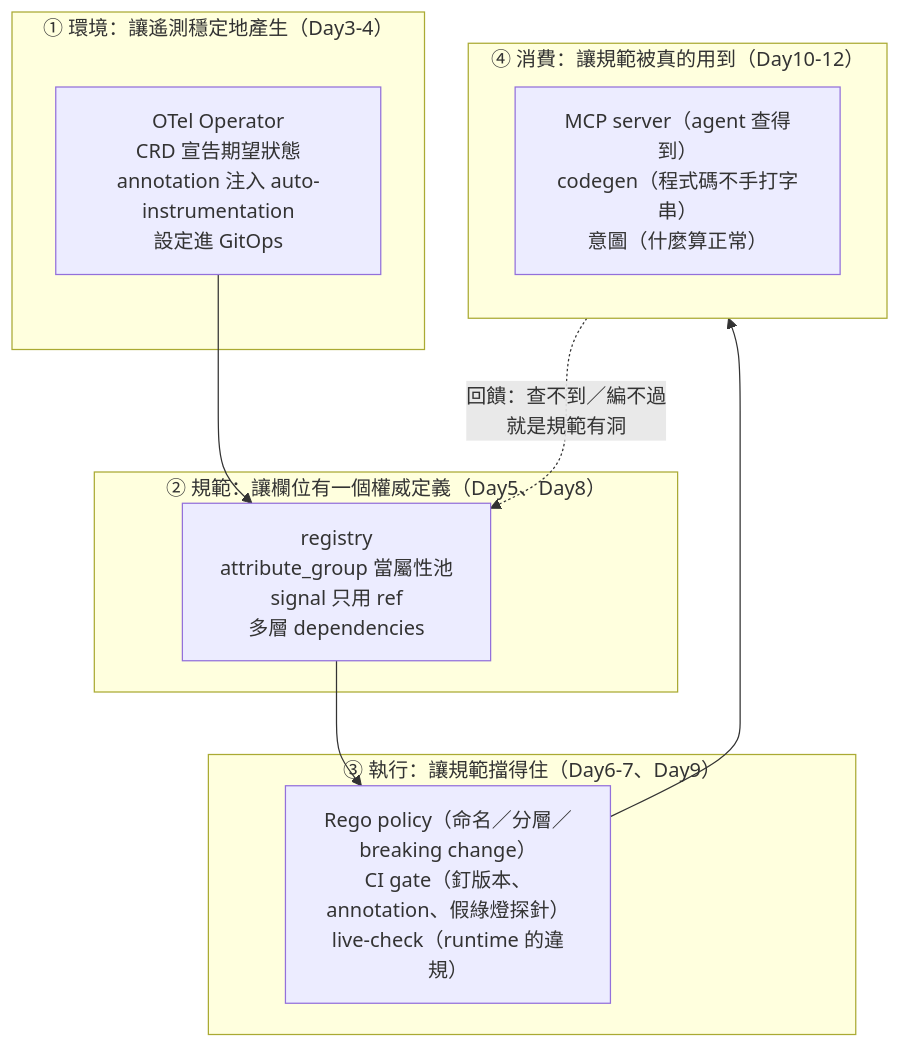
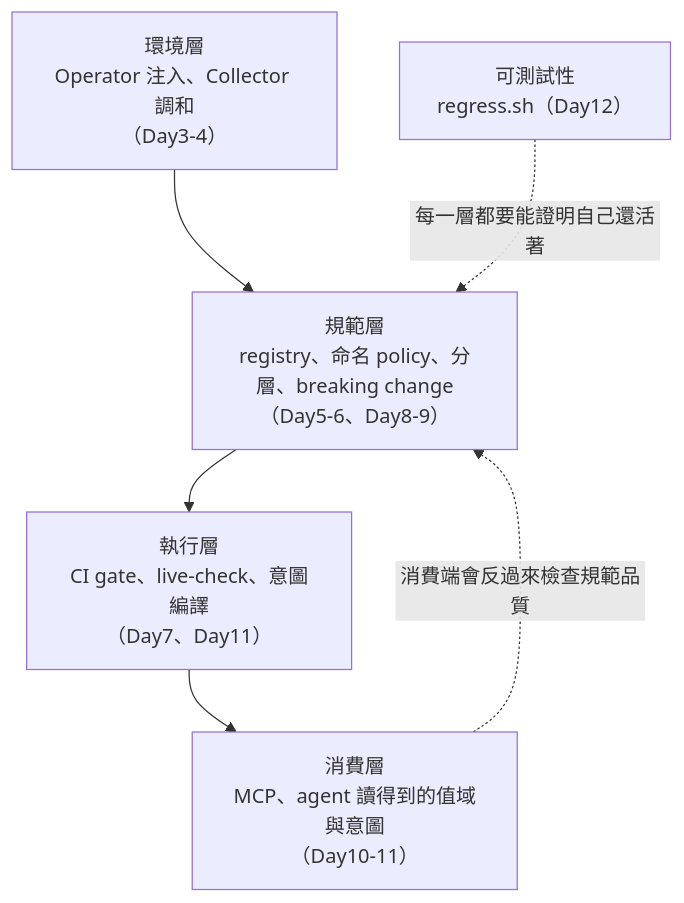
Before and after one commit to tedmax100/o11y-bench: the first of 2 diagrams in weaver-demo/ironman-2026/day13.md, drawn with Mermaid. The commit also changed other lines of this file and 1 other file, not shown here.

First line of the commit message:
docs(day13): rewrite against the new Day1-12 baseline

````diff
--- a/weaver-demo/ironman-2026/day13.md
+++ b/weaver-demo/ironman-2026/day13.md
@@ -20,18 +19,8 @@
 ```mermaid
 flowchart TB
-    subgraph P1["① 環境：讓遙測穩定地產生（Day3-4）"]
-      O["OTel Operator<br/>CRD 宣告期望狀態<br/>annotation 注入 auto-instrumentation<br/>設定進 GitOps"]
-    end
-    subgraph P2["② 規範：讓欄位有一個權威定義（Day5、Day8）"]
-      R["registry<br/>attribute_group 當屬性池<br/>signal 只用 ref<br/>多層 dependencies"]
-    end
-    subgraph P3["③ 執行：讓規範擋得住（Day6-7、Day9）"]
-      G["Rego policy（命名／分層／breaking change）<br/>CI gate（釘版本、annotation、假綠燈探針）<br/>live-check（runtime 的違規）"]
-    end
-    subgraph P4["④ 消費：讓規範被真的用到（Day10-12）"]
-      M["MCP server（agent 查得到）<br/>codegen（程式碼不手打字串）<br/>意圖（什麼算正常）"]
-    end
-
-    O --> R --> G --> P4
-    P4 -.->|"回饋：查不到／編不過<br/>就是規範有洞"| R
+    E["環境層<br/>Operator 注入、Collector 調和<br/>（Day3-4）"] --> S["規範層<br/>registry、命名 policy、分層、breaking change<br/>（Day5-6、Day8-9）"]
+    S --> X["執行層<br/>CI gate、live-check、意圖編譯<br/>（Day7、Day11）"]
+    X --> C["消費層<br/>MCP、agent 讀得到的值域與意圖<br/>（Day10-11）"]
+    C -.->|"消費端會反過來檢查規範品質"| S
+    T["可測試性<br/>regress.sh（Day12）"] -.->|"每一層都要能證明自己還活著"| S
 ```
````
